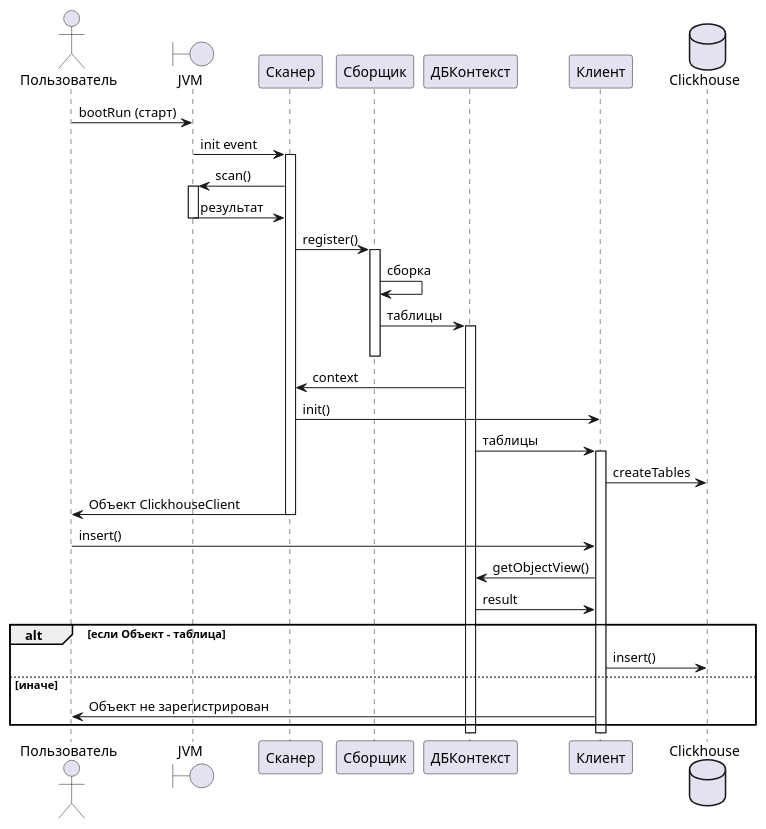
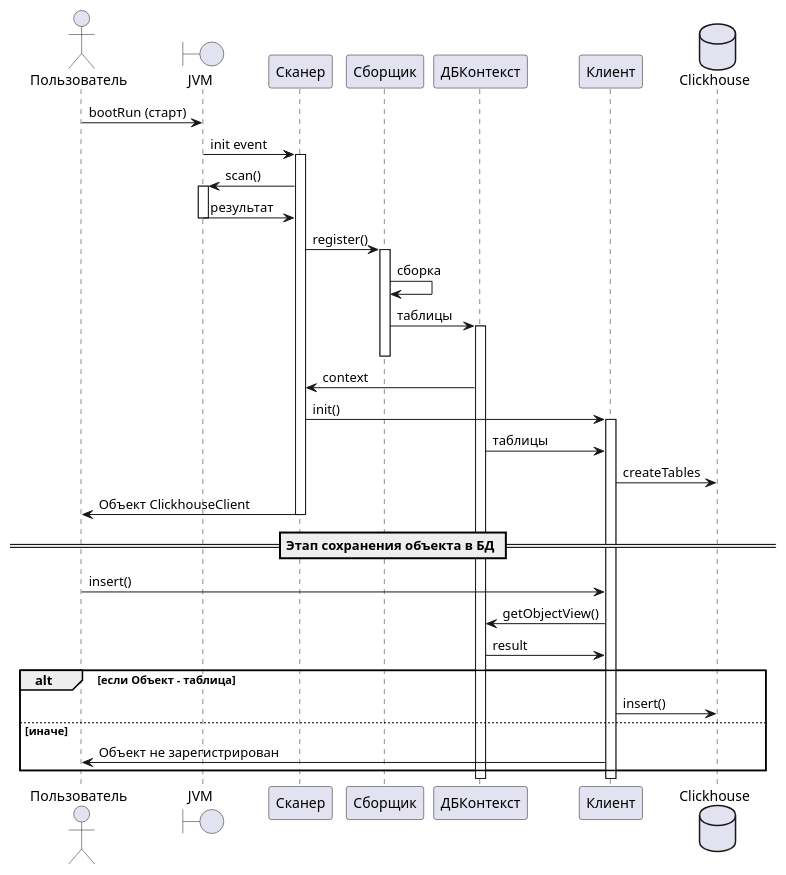
One commit to alexsarrell/clicklient changed the first of 5 diagrams in opendbadapter/client/src/main/resources/flow.puml. Above: the diagram before and after it, drawn with PlantUML. The commit also changed other lines of this file and 64 other files, not shown here.

```diff
--- a/opendbadapter/client/src/main/resources/flow.puml
+++ b/opendbadapter/client/src/main/resources/flow.puml
@@ -1,40 +1,43 @@
 @startuml
 actor Пользователь as u
 boundary "JVM" as code
 participant Сканер as sc
 participant Сборщик as mp
 participant ДБКонтекст as ctx
 participant Клиент as client
 database Clickhouse as ch
 
 u -> code : bootRun (старт)
 code -> sc : init event
 activate sc
 sc -> code : scan()
 activate code
 code -> sc : результат
 deactivate code
 sc -> mp : register()
 activate mp
 mp -> mp : сборка
 mp -> ctx : таблицы
 activate ctx
 deactivate mp
 ctx -> sc : context
 sc -> client : init()
+activate client
 ctx -> client : таблицы
-activate client
 client -> ch : createTables
 sc -> u : Объект ClickhouseClient
 deactivate sc
+
+== Этап сохранения объекта в БД ==
+
 u -> client : insert()
 client -> ctx : getObjectView()
 ctx -> client : result
 
 alt если Объект - таблица
     client -> ch : insert()
 else иначе
     client -> u : Объект не зарегистрирован
 end
 
 @enduml
```
